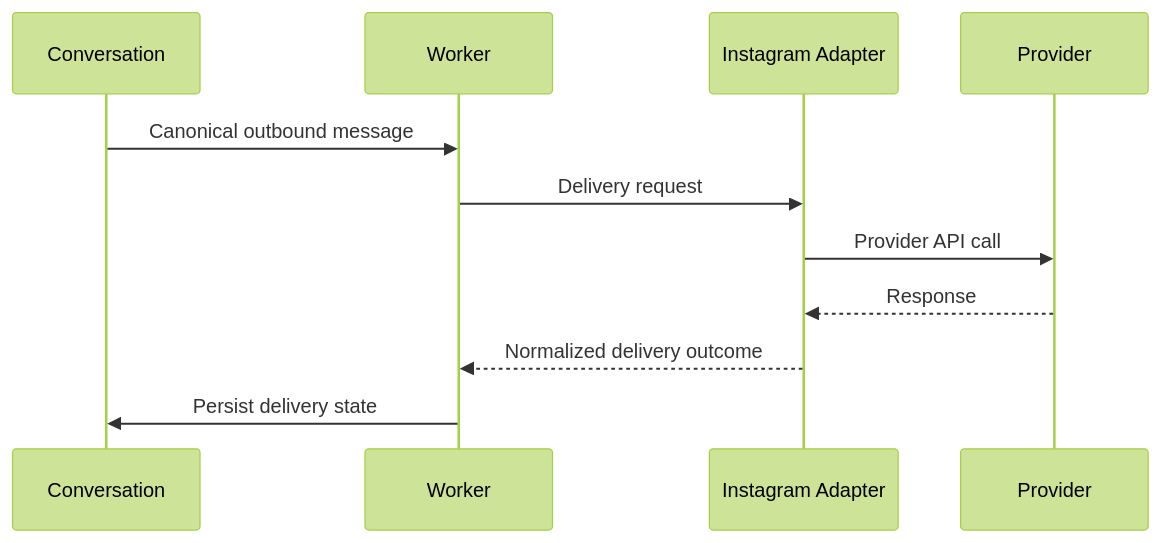
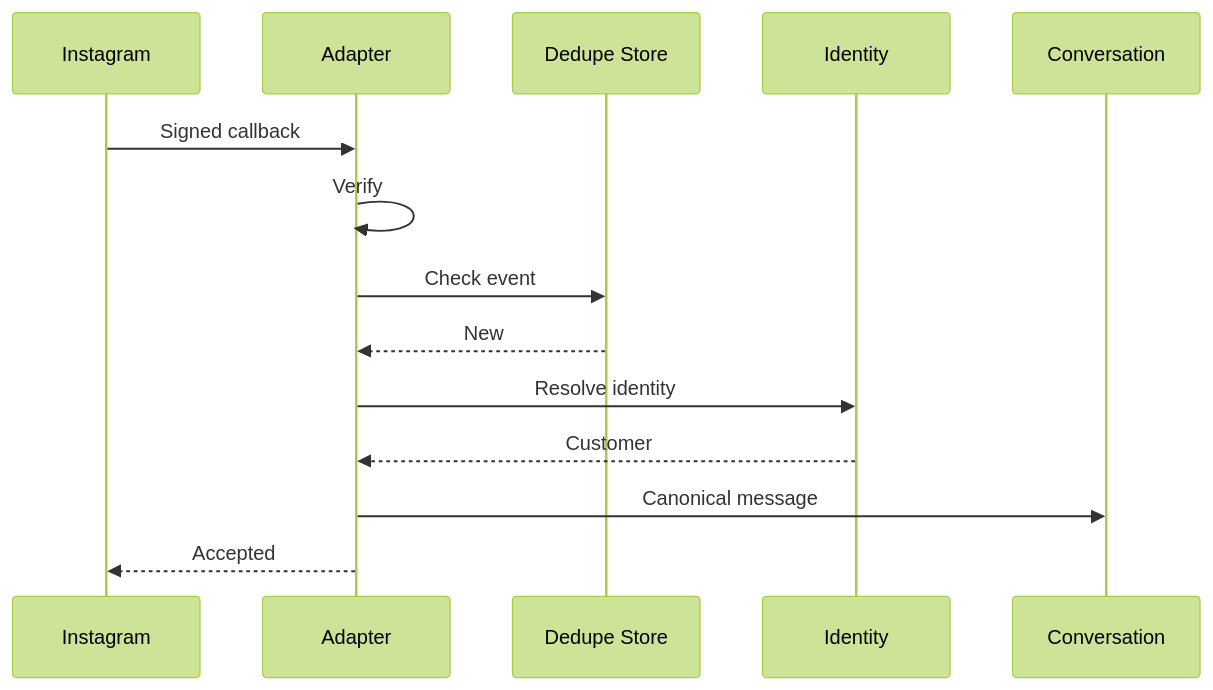
The diagram in docs/integrations/instagram.md (D-engahmed/OMILINKS), drawn with Mermaid (forest theme) before and after one commit. The commit also changed other lines of this file and 2 other files, not shown here.

Commit message:
docs: deepen whatsapp instagram and facebook adapter contracts

```diff
--- a/docs/integrations/instagram.md
+++ b/docs/integrations/instagram.md
@@ -82,13 +25,16 @@
 ~~~mermaid
 sequenceDiagram
-    participant C as Conversation
-    participant Q as Worker
-    participant A as Instagram Adapter
-    participant P as Provider
-    C->>Q: Canonical outbound message
-    Q->>A: Delivery request
-    A->>P: Provider API call
-    P-->>A: Response
-    A-->>Q: Normalized delivery outcome
-    Q->>C: Persist delivery state
+participant P as Instagram
+participant A as Adapter
+participant D as Dedupe Store
+participant I as Identity
+participant C as Conversation
+P->>A: Signed callback
+A->>A: Verify
+A->>D: Check event
+D-->>A: New
+A->>I: Resolve identity
+I-->>A: Customer
+A->>C: Canonical message
+A-->>P: Accepted
 ~~~
```
